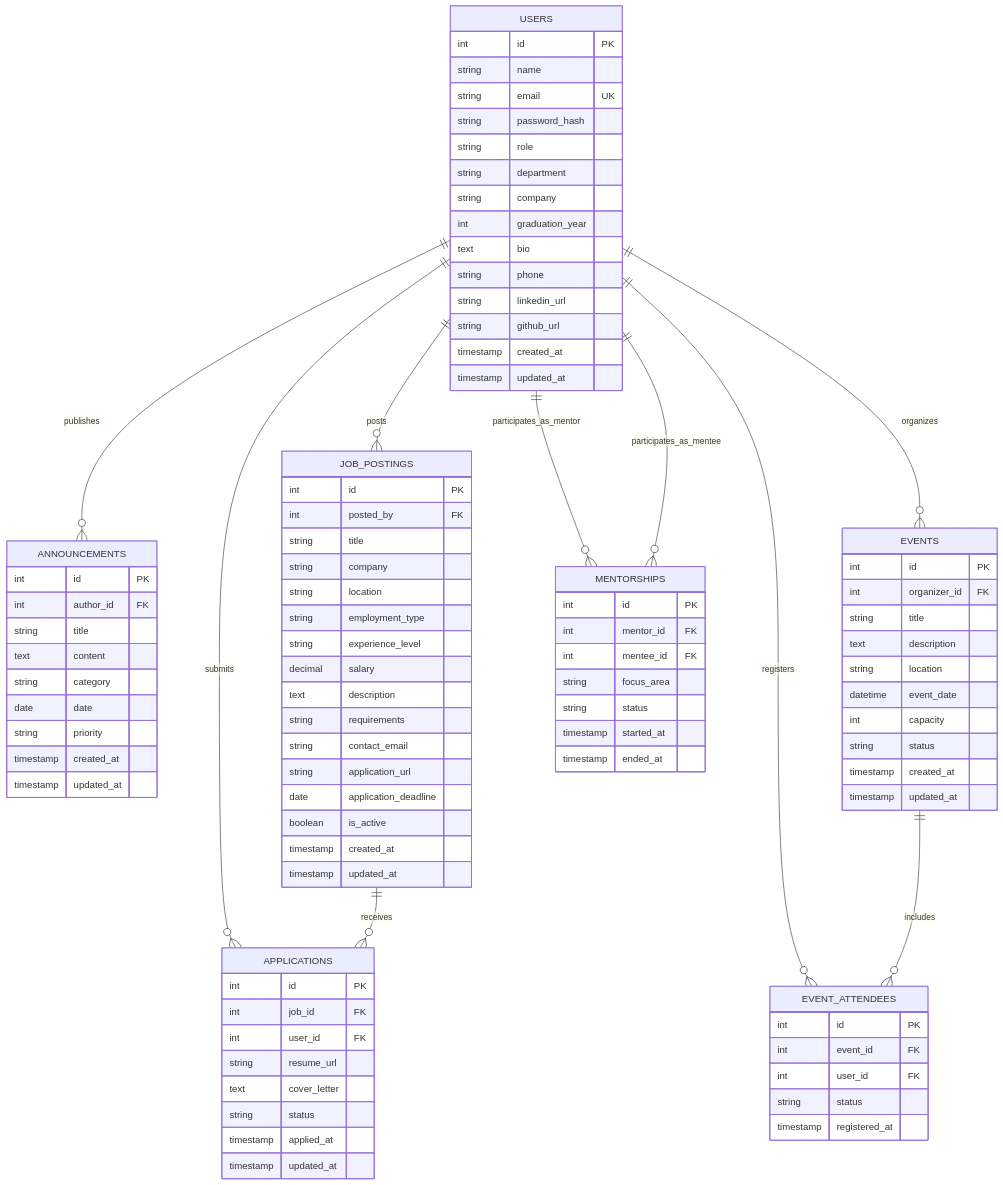
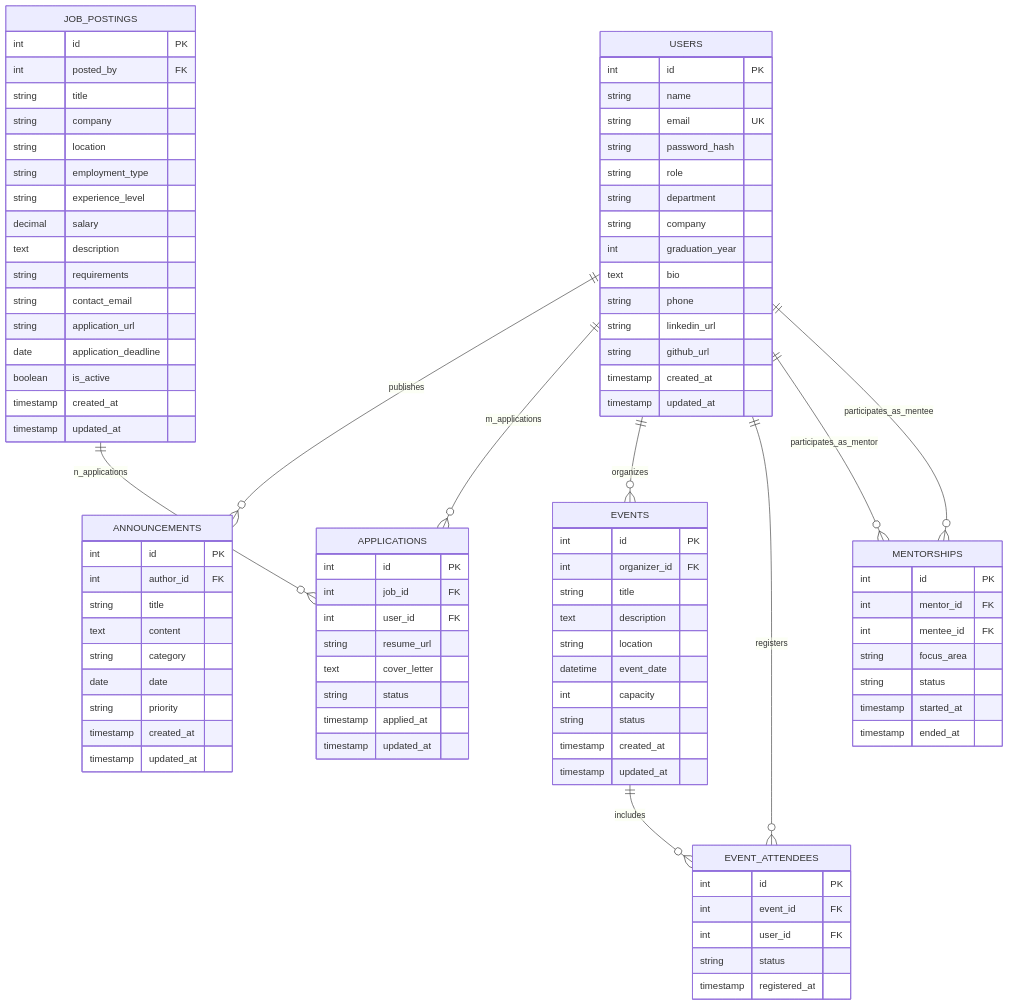
Before and after one commit to sevvalsudet/alumni: the diagram in ddd.md, drawn with Mermaid. The commit also changed other lines of this file and 6 other files, not shown here.

Commit message:
fix: connect User and Job-Postings M:N through applications junction table as per whiteboard diagram

````diff
--- a/ddd.md
+++ b/ddd.md
@@ -23,9 +23,8 @@
 ```mermaid
 erDiagram
     USERS ||--o{ ANNOUNCEMENTS : "publishes"
-    USERS ||--o{ JOB_POSTINGS : "posts"
-    USERS ||--o{ APPLICATIONS : "submits"
-    JOB_POSTINGS ||--o{ APPLICATIONS : "receives"
+    USERS ||--o{ APPLICATIONS : "m_applications"
+    JOB_POSTINGS ||--o{ APPLICATIONS : "n_applications"
     USERS ||--o{ EVENTS : "organizes"
     USERS ||--o{ EVENT_ATTENDEES : "registers"
     EVENTS ||--o{ EVENT_ATTENDEES : "includes"
````
